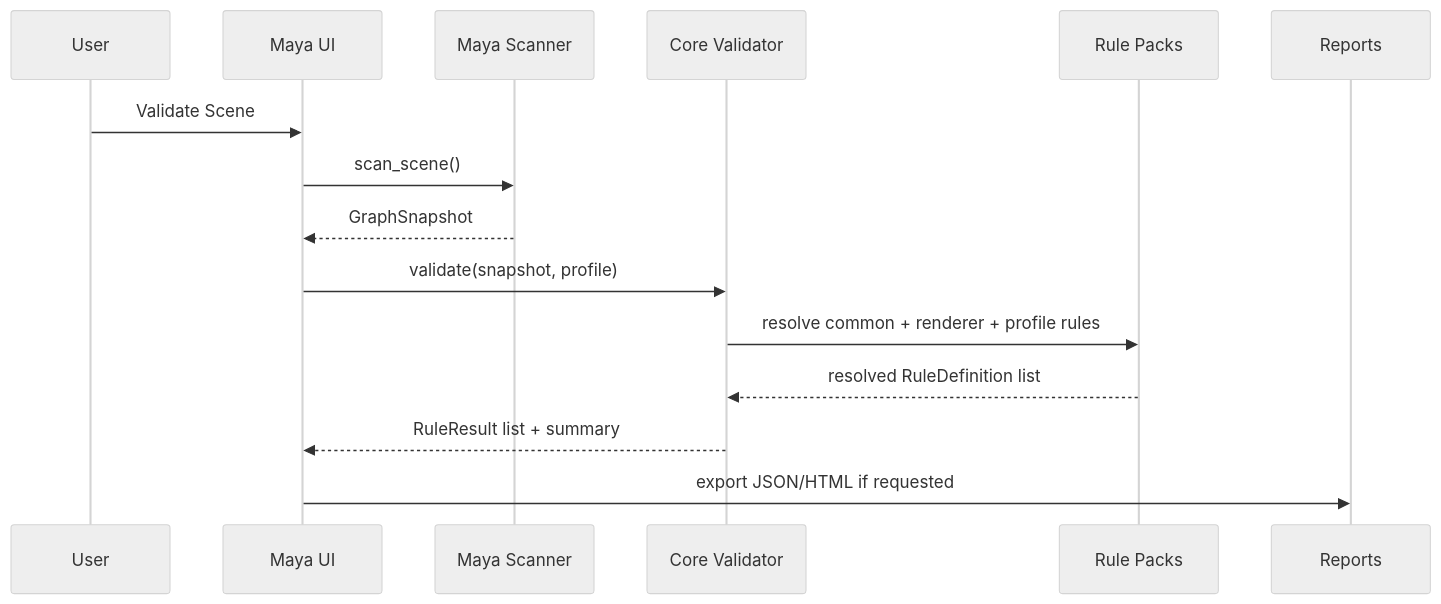
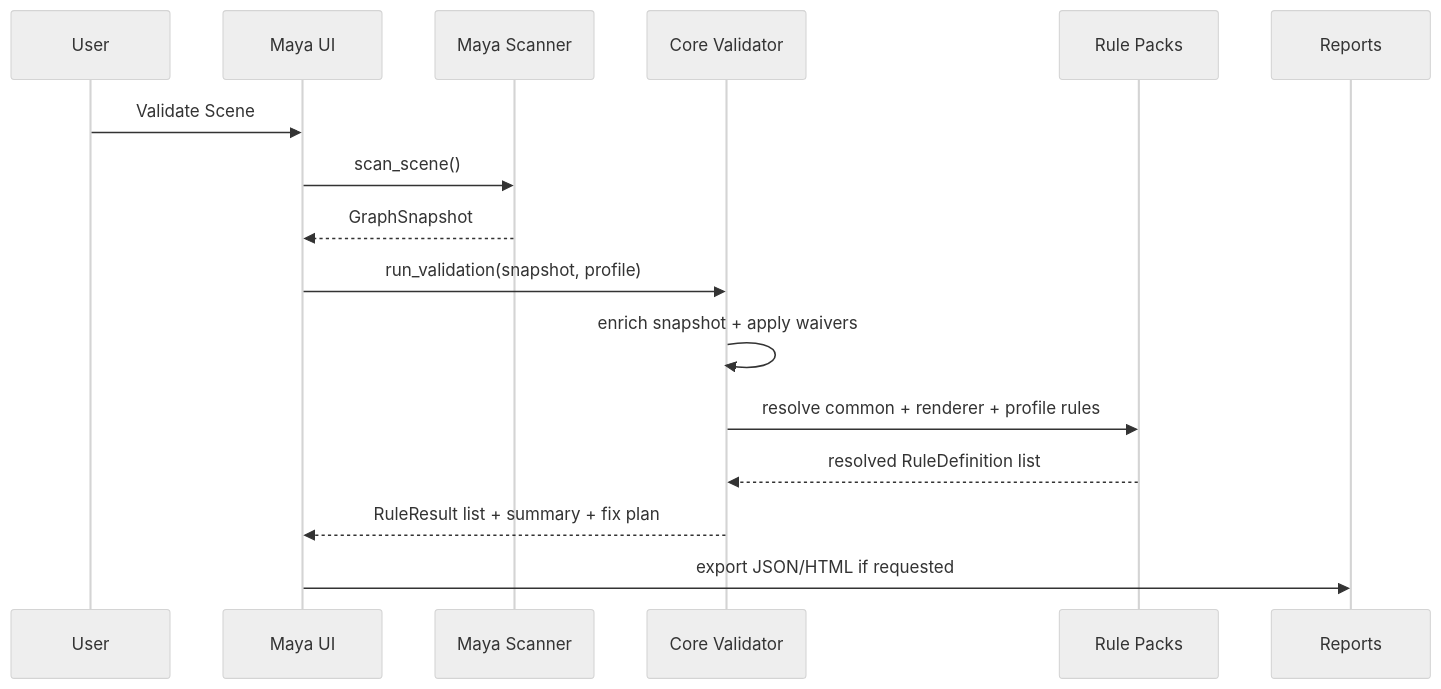
Before and after one commit to armasonix/maya-pipeline-inspector: the second of 2 diagrams in docs/ARCHITECTURE.md, drawn with Mermaid (neutral theme). The commit also changed other lines of this file and 57 other files, not shown here.

````diff
--- a/docs/ARCHITECTURE.md
+++ b/docs/ARCHITECTURE.md
@@ -111,18 +117,19 @@
 ```mermaid
 sequenceDiagram
     participant User
     participant UI as Maya UI
     participant Scanner as Maya Scanner
     participant Core as Core Validator
     participant Rules as Rule Packs
     participant Reports as Reports
 
     User->>UI: Validate Scene
     UI->>Scanner: scan_scene()
     Scanner-->>UI: GraphSnapshot
-    UI->>Core: validate(snapshot, profile)
+    UI->>Core: run_validation(snapshot, profile)
+    Core->>Core: enrich snapshot + apply waivers
     Core->>Rules: resolve common + renderer + profile rules
     Rules-->>Core: resolved RuleDefinition list
-    Core-->>UI: RuleResult list + summary
+    Core-->>UI: RuleResult list + summary + fix plan
     UI->>Reports: export JSON/HTML if requested
 ```
````
